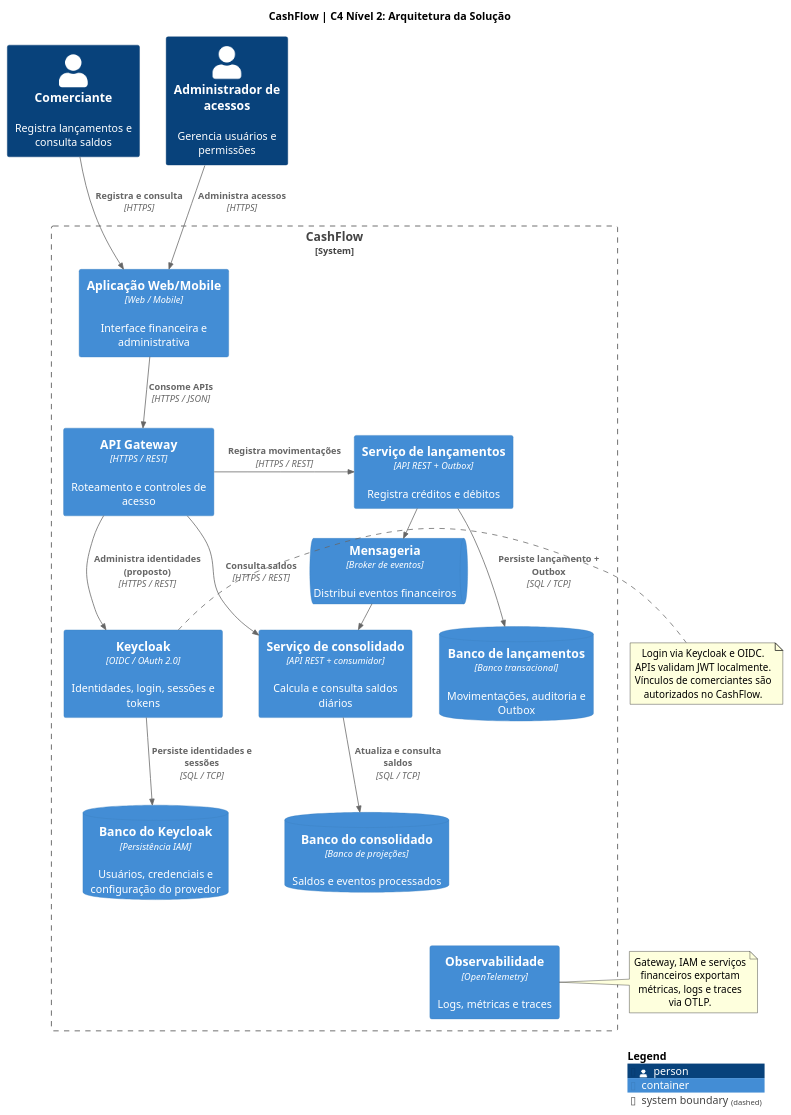
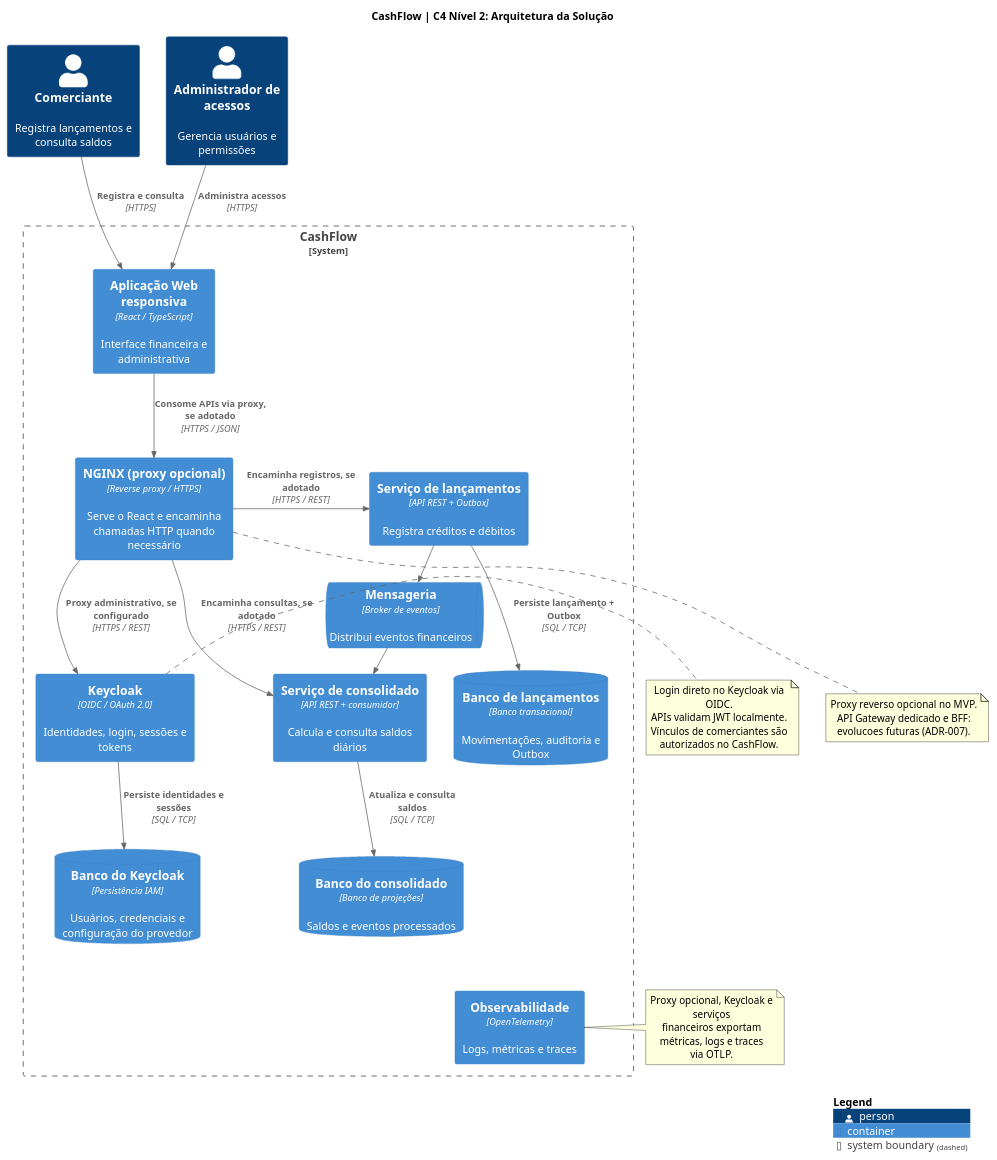
Before and after one commit to wolwerr/CashFlow-Architecture: the diagram in docs/architecture/plantuml/c4-containers.puml, drawn with PlantUML.

Commit message:
docs(architecture): align C4 and sequences with optional NGINX proxy, defer API Gateway (#7)

```diff
--- a/docs/architecture/plantuml/c4-containers.puml
+++ b/docs/architecture/plantuml/c4-containers.puml
@@ -1,69 +1,75 @@
 @startuml CashFlow_Containers
 !include <C4/C4_Container>
 
 title CashFlow | C4 Nível 2: Arquitetura da Solução
 
 LAYOUT_TOP_DOWN()
 
 Person(comerciante, "Comerciante", "Registra lançamentos e consulta saldos")
 Person(admin, "Administrador de acessos", "Gerencia usuários e permissões")
 
 System_Boundary(cashflow, "CashFlow") {
-  Container(web, "Aplicação Web/Mobile", "Web / Mobile", "Interface financeira e administrativa")
-  Container(gateway, "API Gateway", "HTTPS / REST", "Roteamento e controles de acesso")
+  Container(web, "Aplicação Web responsiva", "React / TypeScript", "Interface financeira e administrativa")
+  Container(gateway, "NGINX (proxy opcional)", "Reverse proxy / HTTPS", "Serve o React e encaminha chamadas HTTP quando necessário")
   Container(iam, "Keycloak", "OIDC / OAuth 2.0", "Identidades, login, sessões e tokens")
   ContainerDb(db_iam, "Banco do Keycloak", "Persistência IAM", "Usuários, credenciais e configuração do provedor")
   Container(lancamentos, "Serviço de lançamentos", "API REST + Outbox", "Registra créditos e débitos")
   ContainerDb(db_lancamentos, "Banco de lançamentos", "Banco transacional", "Movimentações, auditoria e Outbox")
   ContainerQueue(mensageria, "Mensageria", "Broker de eventos", "Distribui eventos financeiros")
   Container(consolidado, "Serviço de consolidado", "API REST + consumidor", "Calcula e consulta saldos diários")
   ContainerDb(db_consolidado, "Banco do consolidado", "Banco de projeções", "Saldos e eventos processados")
   Container(telemetria, "Observabilidade", "OpenTelemetry", "Logs, métricas e traces")
 }
 
 ' Posicionamento principal
 Lay_R(comerciante, admin)
 Lay_D(web, gateway)
 Lay_D(gateway, iam)
 Lay_D(iam, db_iam)
 Lay_R(gateway, lancamentos)
 Lay_D(lancamentos, db_lancamentos)
 Lay_R(lancamentos, mensageria)
 Lay_R(mensageria, consolidado)
 Lay_D(consolidado, db_consolidado)
 Lay_D(db_consolidado, telemetria)
 
 ' Atores e canais
 Rel(comerciante, web, "Registra e consulta", "HTTPS")
 Rel(admin, web, "Administra acessos", "HTTPS")
-Rel_D(web, gateway, "Consome APIs", "HTTPS / JSON")
+Rel_D(web, gateway, "Consome APIs via proxy, se adotado", "HTTPS / JSON")
 
 ' Identidade
-Rel_D(gateway, iam, "Administra identidades (proposto)", "HTTPS / REST")
+Rel_D(gateway, iam, "Proxy administrativo, se configurado", "HTTPS / REST")
 Rel_D(iam, db_iam, "Persiste identidades e sessões", "SQL / TCP")
 
 ' Fluxo financeiro
-Rel_R(gateway, lancamentos, "Registra movimentações", "HTTPS / REST")
+Rel_R(gateway, lancamentos, "Encaminha registros, se adotado", "HTTPS / REST")
 Rel_D(lancamentos, db_lancamentos, "Persiste lançamento + Outbox", "SQL / TCP")
 Rel_R(lancamentos, mensageria, "Publica eventos", "AMQP")
 Rel_R(mensageria, consolidado, "Entrega eventos", "AMQP")
 Rel_D(consolidado, db_consolidado, "Atualiza e consulta saldos", "SQL / TCP")
-Rel(gateway, consolidado, "Consulta saldos", "HTTPS / REST")
+Rel(gateway, consolidado, "Encaminha consultas, se adotado", "HTTPS / REST")
 
 ' Integrações transversais apresentadas em notas
 note right of iam
-  Login via Keycloak e OIDC.
+  Login direto no Keycloak via OIDC.
   APIs validam JWT localmente.
   Vínculos de comerciantes são
   autorizados no CashFlow.
 end note
 
 note right of telemetria
-  Gateway, IAM e serviços
+  Proxy opcional, Keycloak e serviços
   financeiros exportam
   métricas, logs e traces
   via OTLP.
 end note
 
+note bottom of gateway
+  Proxy reverso opcional no MVP.
+  API Gateway dedicado e BFF:
+  evolucoes futuras (ADR-007).
+end note
+
 SHOW_LEGEND()
 @enduml
```
